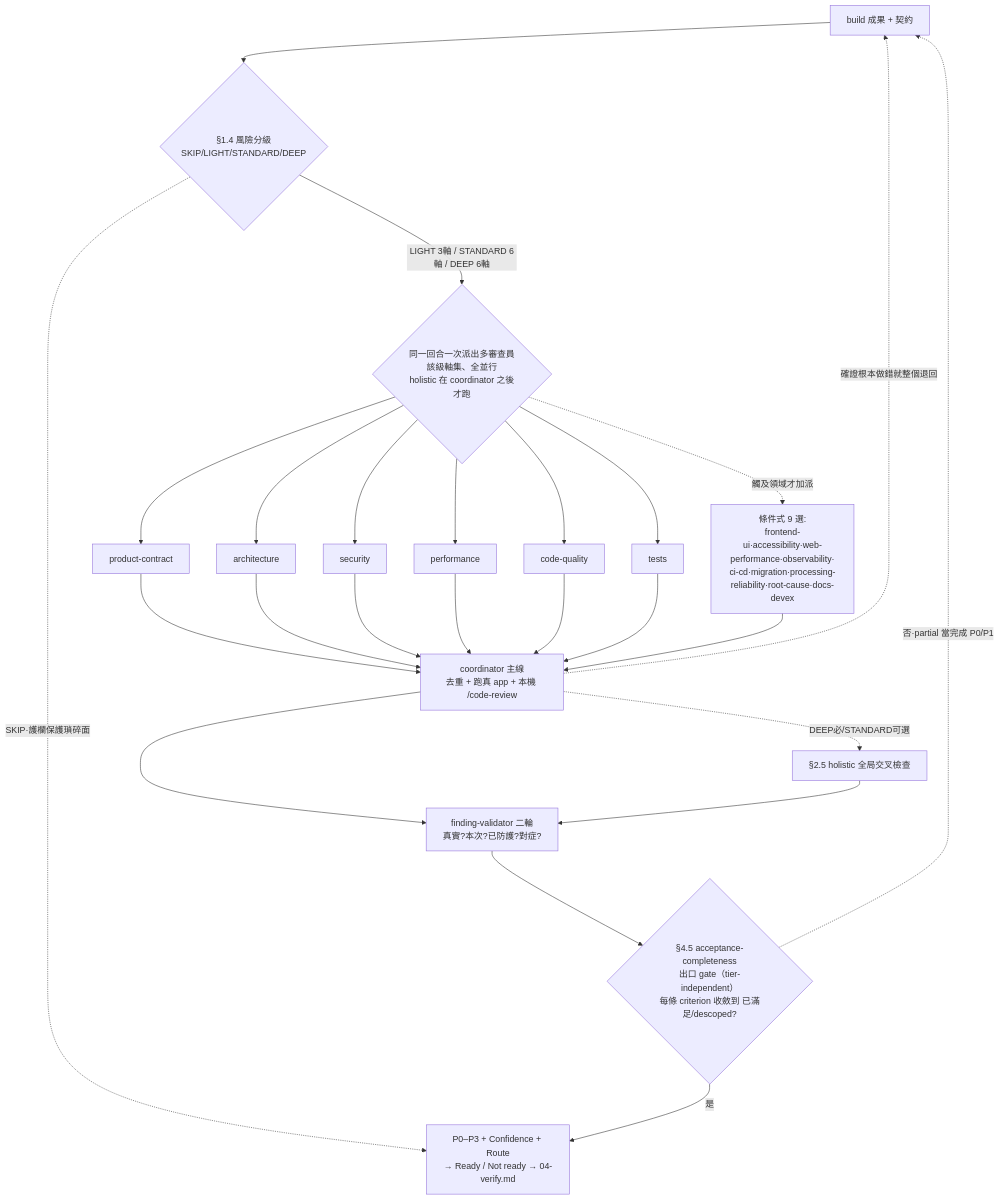
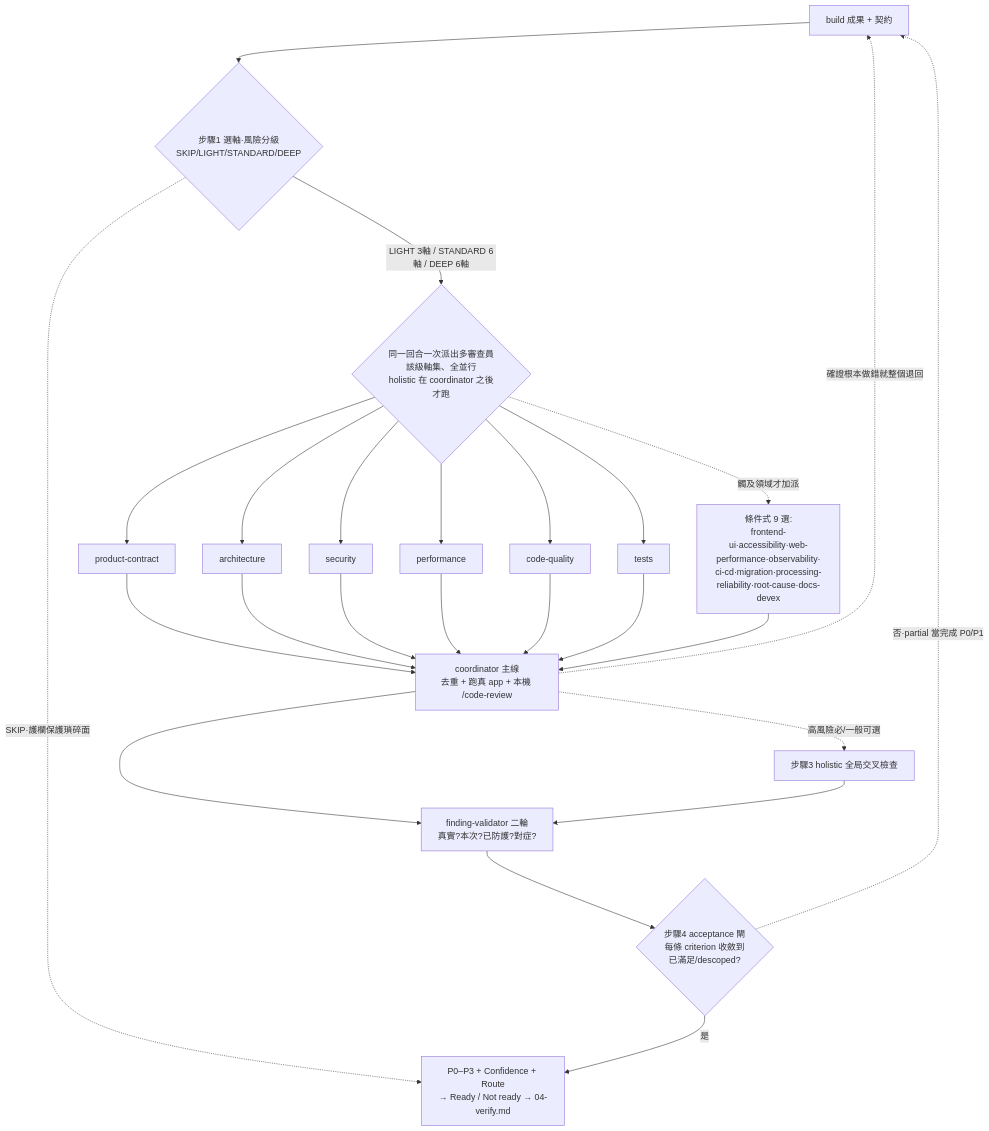
The third of 3 diagrams in plugins/loops-workflow/docs/FLOW.md (adha9990/dev-workflows), drawn with Mermaid before and after one commit. The commit also changed other lines of this file and 10 other files, not shown here.

````diff
--- a/plugins/loops-workflow/docs/FLOW.md
+++ b/plugins/loops-workflow/docs/FLOW.md
@@ -165,21 +165,21 @@
 ```mermaid
 flowchart TD
-    BUILD[build 成果 + 契約] --> TR{§1.4 風險分級<br/>SKIP/LIGHT/STANDARD/DEEP}
+    BUILD[build 成果 + 契約] --> TR{步驟1 選軸·風險分級<br/>SKIP/LIGHT/STANDARD/DEEP}
     TR -.SKIP·護欄保護瑣碎面.-> OUT
     TR -->|LIGHT 3軸 / STANDARD 6軸 / DEEP 6軸| FAN{同一回合一次派出多審查員<br/>該級軸集、全並行<br/>holistic 在 coordinator 之後才跑}
     FAN --> C1[product-contract]
     FAN --> C2[architecture]
     FAN --> C3[security]
     FAN --> C4[performance]
     FAN --> C5[code-quality]
     FAN --> C6[tests]
     FAN -.觸及領域才加派.-> COND[條件式 9 選:<br/>frontend-ui·accessibility·web-performance·observability·<br/>ci-cd·migration·processing-reliability·root-cause·docs-devex]
     C1 & C2 & C3 & C4 & C5 & C6 & COND --> CO[coordinator 主線<br/>去重 + 跑真 app + 本機 /code-review]
     CO -.確證根本做錯就整個退回.-> BUILD
-    CO -.DEEP必/STANDARD可選.-> HOL[§2.5 holistic 全局交叉檢查]
+    CO -.高風險必/一般可選.-> HOL[步驟3 holistic 全局交叉檢查]
     CO --> FV[finding-validator 二輪<br/>真實?本次?已防護?對症?]
     HOL --> FV
-    FV --> AC{§4.5 acceptance-completeness<br/>出口 gate（tier-independent）<br/>每條 criterion 收斂到 已滿足/descoped?}
+    FV --> AC{步驟4 acceptance 閘<br/>每條 criterion 收斂到<br/>已滿足/descoped?}
     AC -.否·partial 當完成 P0/P1.-> BUILD
     AC -->|是| OUT[P0–P3 + Confidence + Route<br/>→ Ready / Not ready → 04-verify.md]
 ```
````
